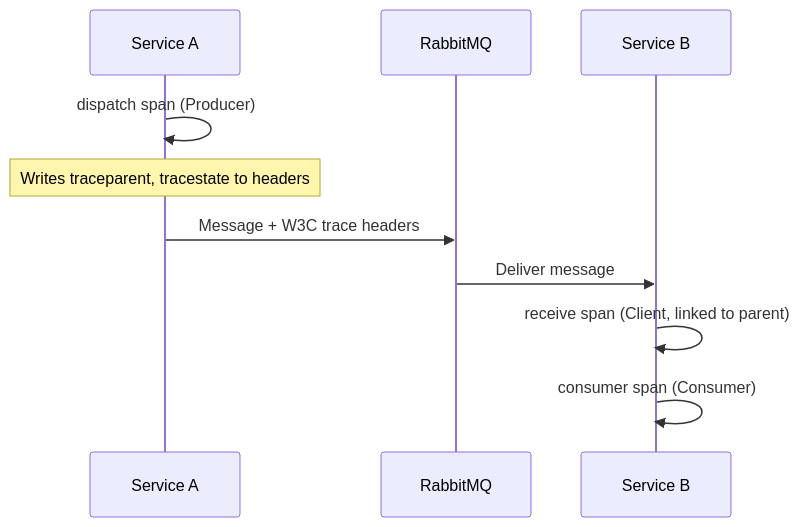
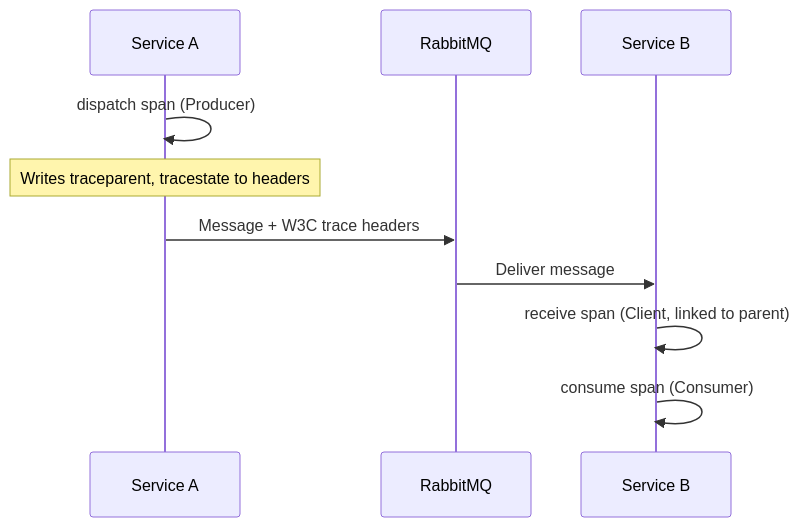
The diagram in website/content/docs/mocha/observability.md (ChilliCream/graphql-platform), drawn with Mermaid before and after one commit. The commit also changed other lines of this file and 36 other files, not shown here.

````diff
--- a/website/content/docs/mocha/observability.md
+++ b/website/content/docs/mocha/observability.md
@@ -67,13 +75,13 @@
 ```mermaid
 sequenceDiagram
     participant A as Service A
     participant Broker as RabbitMQ
     participant B as Service B
 
     A->>A: dispatch span (Producer)
     Note over A: Writes traceparent, tracestate to headers
     A->>Broker: Message + W3C trace headers
     Broker->>B: Deliver message
     B->>B: receive span (Client, linked to parent)
-    B->>B: consumer span (Consumer)
+    B->>B: consume span (Consumer)
 ```
````
